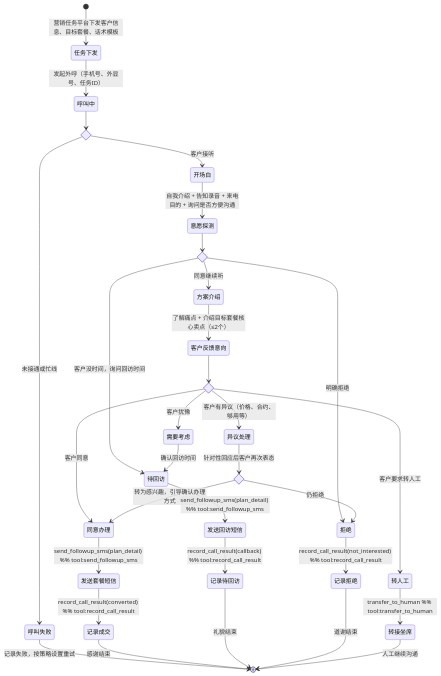
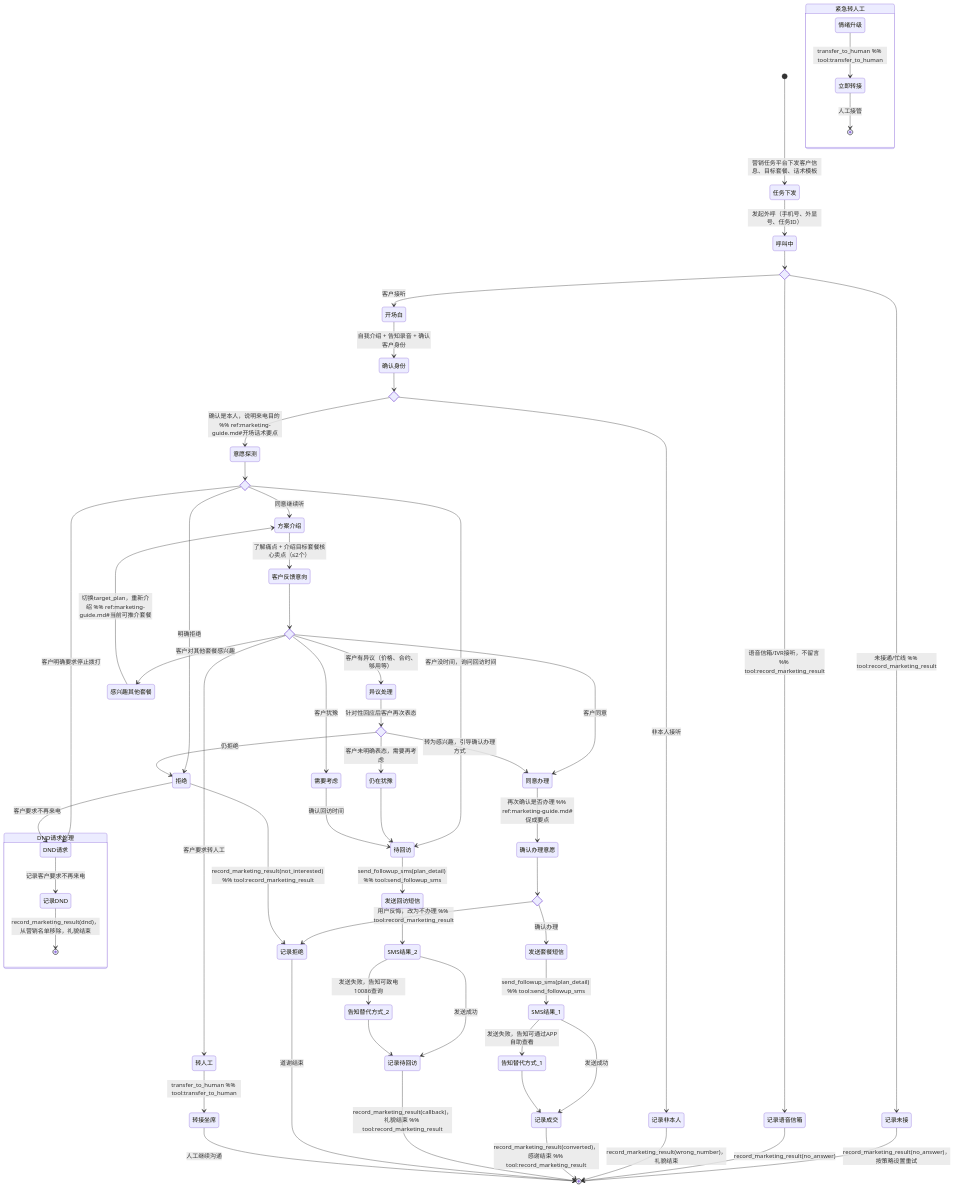
One commit to cacling/ai-bot changed the diagram in backend/skills/biz-skills/outbound-marketing/SKILL.md. Above: the diagram before and after it, drawn with Mermaid. The commit also changed other lines of this file and 37 other files, not shown here.

First line of the commit message:
Save current progress: skill enhancements, routes refactor, and diagram fixes

````diff
--- a/backend/skills/biz-skills/outbound-marketing/SKILL.md
+++ b/backend/skills/biz-skills/outbound-marketing/SKILL.md
@@ -144,21 +54,33 @@
     [*] --> 任务下发: 营销任务平台下发客户信息、目标套餐、话术模板
     任务下发 --> 呼叫中: 发起外呼（手机号、外显号、任务ID）
 
+    %% OM1 — 呼叫结果加语音信箱分支
     state 呼叫结果 <<choice>>
     呼叫中 --> 呼叫结果
-    呼叫结果 --> 呼叫失败: 未接通或忙线
     呼叫结果 --> 开场白: 客户接听
+    呼叫结果 --> 记录未接: 未接通/忙线 %% tool:record_marketing_result
+    呼叫结果 --> 记录语音信箱: 语音信箱/IVR接听，不留言 %% tool:record_marketing_result
+    记录未接 --> [*]: record_marketing_result(no_answer)，按策略设置重试
+    记录语音信箱 --> [*]: record_marketing_result(no_answer)
 
-    呼叫失败 --> [*]: 记录失败，按策略设置重试
-
-    开场白 --> 意愿探测: 自我介绍 + 告知录音 + 来电目的 + 询问是否方便沟通
+    %% OM2 — 身份确认失败分支
+    %% ref:marketing-guide.md#开场话术要点
+    开场白 --> 确认身份: 自我介绍 + 告知录音 + 确认客户身份
+    state 身份结果 <<choice>>
+    确认身份 --> 身份结果
+    身份结果 --> 意愿探测: 确认是本人，说明来电目的 %% ref:marketing-guide.md#开场话术要点
+    身份结果 --> 记录非本人: 非本人接听
+    记录非本人 --> [*]: record_marketing_result(wrong_number)，礼貌结束
 
     state 初始意愿 <<choice>>
     意愿探测 --> 初始意愿
     初始意愿 --> 待回访: 客户没时间，询问回访时间
     初始意愿 --> 拒绝: 明确拒绝
     初始意愿 --> 方案介绍: 同意继续听
+    %% OM5 — DND 从初始意愿触发
+    初始意愿 --> DND请求: 客户明确要求停止拨打
 
+    %% ref:marketing-guide.md#当前可推介套餐
     方案介绍 --> 客户反馈意向: 了解痛点 + 介绍目标套餐核心卖点（≤2个）
 
     state 意向判断 <<choice>>
@@ -167,24 +89,64 @@
     意向判断 --> 同意办理: 客户同意
     意向判断 --> 需要考虑: 客户犹豫
     意向判断 --> 转人工: 客户要求转人工
+    %% OM4 — 客户要换推方案
+    意向判断 --> 感兴趣其他套餐: 客户对其他套餐感兴趣
+    感兴趣其他套餐 --> 方案介绍: 切换target_plan，重新介绍 %% ref:marketing-guide.md#当前可推介套餐
 
+    %% OM3 — 异议→犹豫 第三分支
+    %% ref:marketing-guide.md#异议处理要点
     state 异议结果 <<choice>>
     异议处理 --> 异议结果: 针对性回应后客户再次表态
     异议结果 --> 拒绝: 仍拒绝
     异议结果 --> 同意办理: 转为感兴趣，引导确认办理方式
+    异议结果 --> 仍在犹豫: 客户未明确表态，需要再考虑
+    仍在犹豫 --> 待回访
 
-    同意办理 --> 发送套餐短信: send_followup_sms(plan_detail) %% tool:send_followup_sms
-    发送套餐短信 --> 记录成交: record_call_result(converted) %% tool:record_call_result
-    记录成交 --> [*]: 感谢结束
+    %% OM7 — 用户同意后反悔
+    %% ref:marketing-guide.md#促成要点
+    同意办理 --> 确认办理意愿: 再次确认是否办理 %% ref:marketing-guide.md#促成要点
+    state 最终确认 <<choice>>
+    确认办理意愿 --> 最终确认
+    最终确认 --> 发送套餐短信: 确认办理
+    最终确认 --> 记录拒绝: 用户反悔，改为不办理 %% tool:record_marketing_result
+
+    %% OM6 — SMS 发送失败（套餐短信）
+    发送套餐短信 --> SMS结果_1: send_followup_sms(plan_detail) %% tool:send_followup_sms
+    state SMS结果_1 <<choice>>
+    SMS结果_1 --> 记录成交: 发送成功
+    SMS结果_1 --> 告知替代方式_1: 发送失败，告知可通过APP自助查看
+    告知替代方式_1 --> 记录成交
+    记录成交 --> [*]: record_marketing_result(converted)，感谢结束 %% tool:record_marketing_result
 
     需要考虑 --> 待回访: 确认回访时间
+
+    %% OM6 — SMS 发送失败（回访短信）
     待回访 --> 发送回访短信: send_followup_sms(plan_detail) %% tool:send_followup_sms
-    发送回访短信 --> 记录待回访: record_call_result(callback) %% tool:record_call_result
-    记录待回访 --> [*]: 礼貌结束
+    发送回访短信 --> SMS结果_2 %% tool:send_followup_sms
+    state SMS结果_2 <<choice>>
+    SMS结果_2 --> 记录待回访: 发送成功
+    SMS结果_2 --> 告知替代方式_2: 发送失败，告知可致电10086查询
+    告知替代方式_2 --> 记录待回访
+    记录待回访 --> [*]: record_marketing_result(callback)，礼貌结束 %% tool:record_marketing_result
 
-    拒绝 --> 记录拒绝: record_call_result(not_interested) %% tool:record_call_result
+    %% OM5 — DND 从拒绝触发
+    拒绝 --> 记录拒绝: record_marketing_result(not_interested) %% tool:record_marketing_result
+    拒绝 --> DND请求: 客户要求不再来电
     记录拒绝 --> [*]: 道谢结束
+
+    %% OM5 — DND请求处理（独立状态节点）
+    state DND请求处理 {
+        DND请求 --> 记录DND: 记录客户要求不再来电
+        记录DND --> [*]: record_marketing_result(dnd)，从营销名单移除，礼貌结束
+    }
 
     转人工 --> 转接坐席: transfer_to_human %% tool:transfer_to_human
     转接坐席 --> [*]: 人工继续沟通
+
+    %% OM8 — 全局情绪升级出口（独立状态节点）
+    %% 任意节点均可触发：客户情绪激烈、质疑合法性、投诉意向
+    state 紧急转人工 {
+        情绪升级 --> 立即转接: transfer_to_human %% tool:transfer_to_human
+        立即转接 --> [*]: 人工接管
+    }
 ```
````
